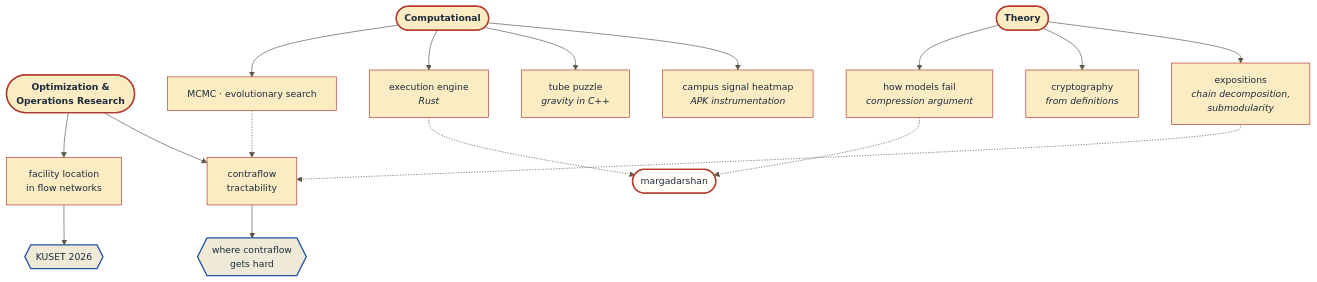
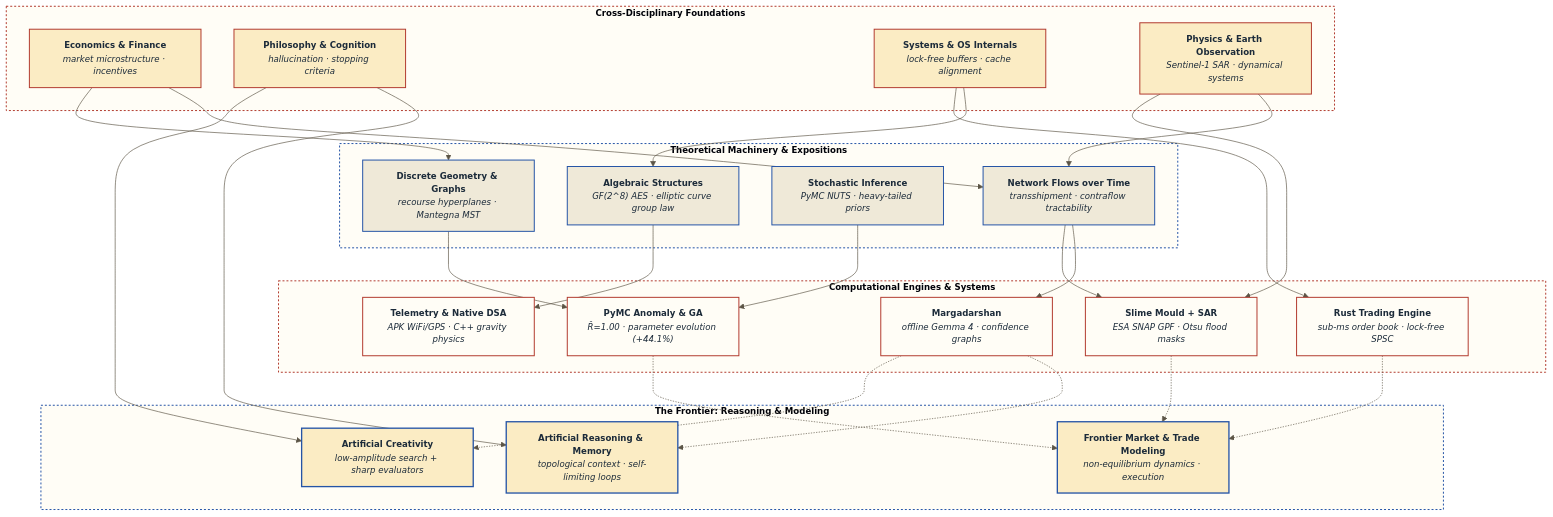
Before and after one commit to suecarjayeswal/suecarjayeswal: the diagram in README.md, drawn with Mermaid. The commit also changed other lines of this file, not shown here.

````diff
--- a/README.md
+++ b/README.md
@@ -33,34 +21,80 @@
 ```mermaid
-%%{init: {'theme':'base','themeVariables':{'primaryColor':'#FBECC4','primaryTextColor':'#1C2B3A','primaryBorderColor':'#B23A2E','lineColor':'#5C5546','secondaryColor':'#EFE9D8','tertiaryColor':'#FFFDF6','fontFamily':'Georgia, serif','fontSize':'14px'}}}%%
+%%{init: {'theme':'base','themeVariables':{'primaryColor':'#FBECC4','primaryTextColor':'#1C2B3A','primaryBorderColor':'#B23A2E','lineColor':'#5C5546','secondaryColor':'#EFE9D8','tertiaryColor':'#FFFDF6','fontFamily':'Georgia, serif','fontSize':'13px'}}}%%
 flowchart TD
-  C(["<b>Computational</b>"])
-  T(["<b>Theory</b>"])
-  O(["<b>Optimization &<br/>Operations Research</b>"])
+  subgraph LENSES ["<b>Cross-Disciplinary Foundations</b>"]
+    E["<b>Economics & Finance</b><br/><i>market microstructure · incentives</i>"]
+    P["<b>Philosophy & Cognition</b><br/><i>hallucination · stopping criteria</i>"]
+    S["<b>Systems & OS Internals</b><br/><i>lock-free buffers · cache alignment</i>"]
+    Y["<b>Physics & Earth Observation</b><br/><i>Sentinel-1 SAR · dynamical systems</i>"]
+  end
 
-  C --> C1["campus signal heatmap<br/><i>APK instrumentation</i>"]
-  C --> C2["tube puzzle<br/><i>gravity in C++</i>"]
-  C --> C3["execution engine<br/><i>Rust</i>"]
-  C --> C4["MCMC · evolutionary search"]
+  subgraph THEORY ["<b>Theoretical Machinery & Expositions</b>"]
+    T1["<b>Network Flows over Time</b><br/><i>transshipment · contraflow tractability</i>"]
+    T2["<b>Discrete Geometry & Graphs</b><br/><i>recourse hyperplanes · Mantegna MST</i>"]
+    T3["<b>Stochastic Inference</b><br/><i>PyMC NUTS · heavy-tailed priors</i>"]
+    T4["<b>Algebraic Structures</b><br/><i>GF(2^8) AES · elliptic curve group law</i>"]
+  end
 
-  T --> T1["expositions<br/><i>chain decomposition,<br/>submodularity</i>"]
-  T --> T2["cryptography<br/><i>from definitions</i>"]
-  T --> T3["how models fail<br/><i>compression argument</i>"]
+  subgraph ENGINES ["<b>Computational Engines & Systems</b>"]
+    C1["<b>Margadarshan</b><br/><i>offline Gemma 4 · confidence graphs</i>"]
+    C2["<b>Rust Trading Engine</b><br/><i>sub-ms order book · lock-free SPSC</i>"]
+    C3["<b>Slime Mould + SAR</b><br/><i>ESA SNAP GPF · Otsu flood masks</i>"]
+    C4["<b>PyMC Anomaly & GA</b><br/><i>R̂=1.00 · parameter evolution (+44.1%)</i>"]
+    C5["<b>Telemetry & Native DSA</b><br/><i>APK WiFi/GPS · C++ gravity physics</i>"]
+  end
 
-  O --> O1["contraflow<br/>tractability"]
-  O --> O2["facility location<br/>in flow networks"]
+  subgraph FRONTIER ["<b>The Frontier: Reasoning & Modeling</b>"]
+    R1["<b>Artificial Reasoning & Memory</b><br/><i>topological context · self-limiting loops</i>"]
+    R2["<b>Frontier Market & Trade Modeling</b><br/><i>non-equilibrium dynamics · execution</i>"]
+    R3["<b>Artificial Creativity</b><br/><i>low-amplitude search + sharp evaluators</i>"]
+  end
 
-  T1 -.-> O1
-  C4 -.-> O1
-  C3 -.-> MG(["margadarshan"])
-  T3 -.-> MG
+  %% Interdisciplinary to Theory & Systems
+  E --> T1
+  E --> T2
+  P --> R1
+  P --> R3
+  S --> T4
+  S --> C2
+  Y --> T1
+  Y --> C3
 
-  O1 --> P1{{"where contraflow<br/>gets hard"}}
-  O2 --> P2{{"KUSET 2026"}}
+  %% Theory to Engines & Frontier
+  T1 --> C1
+  T1 --> C3
+  T2 --> C4
+  T3 --> C4
+  T4 --> C5
 
-  style C fill:#FBECC4,stroke:#B23A2E,stroke-width:2px
-  style T fill:#FBECC4,stroke:#B23A2E,stroke-width:2px
-  style O fill:#FBECC4,stroke:#B23A2E,stroke-width:2px
-  style P1 fill:#EFE9D8,stroke:#2554A6,stroke-width:2px
-  style P2 fill:#EFE9D8,stroke:#2554A6,stroke-width:2px
-  style MG fill:#FFFDF6,stroke:#B23A2E,stroke-width:2px
+  %% Engines to Frontier
+  C1 -.-> R1
+  C2 -.-> R2
+  C3 -.-> R2
+  C4 -.-> R2
+  C1 -.-> R3
+
+  style LENSES fill:#FFFDF6,stroke:#B23A2E,stroke-width:1.5px,stroke-dasharray: 3 3
+  style THEORY fill:#FFFDF6,stroke:#2554A6,stroke-width:1.5px,stroke-dasharray: 3 3
+  style ENGINES fill:#FFFDF6,stroke:#B23A2E,stroke-width:1.5px,stroke-dasharray: 3 3
+  style FRONTIER fill:#FFFDF6,stroke:#2554A6,stroke-width:1.5px,stroke-dasharray: 3 3
+
+  style E fill:#FBECC4,stroke:#B23A2E,stroke-width:1.5px
+  style P fill:#FBECC4,stroke:#B23A2E,stroke-width:1.5px
+  style S fill:#FBECC4,stroke:#B23A2E,stroke-width:1.5px
+  style Y fill:#FBECC4,stroke:#B23A2E,stroke-width:1.5px
+
+  style T1 fill:#EFE9D8,stroke:#2554A6,stroke-width:1.5px
+  style T2 fill:#EFE9D8,stroke:#2554A6,stroke-width:1.5px
+  style T3 fill:#EFE9D8,stroke:#2554A6,stroke-width:1.5px
+  style T4 fill:#EFE9D8,stroke:#2554A6,stroke-width:1.5px
+
+  style C1 fill:#FFFDF6,stroke:#B23A2E,stroke-width:1.5px
+  style C2 fill:#FFFDF6,stroke:#B23A2E,stroke-width:1.5px
+  style C3 fill:#FFFDF6,stroke:#B23A2E,stroke-width:1.5px
+  style C4 fill:#FFFDF6,stroke:#B23A2E,stroke-width:1.5px
+  style C5 fill:#FFFDF6,stroke:#B23A2E,stroke-width:1.5px
+
+  style R1 fill:#FBECC4,stroke:#2554A6,stroke-width:2px
+  style R2 fill:#FBECC4,stroke:#2554A6,stroke-width:2px
+  style R3 fill:#FBECC4,stroke:#2554A6,stroke-width:2px
 ```
````
